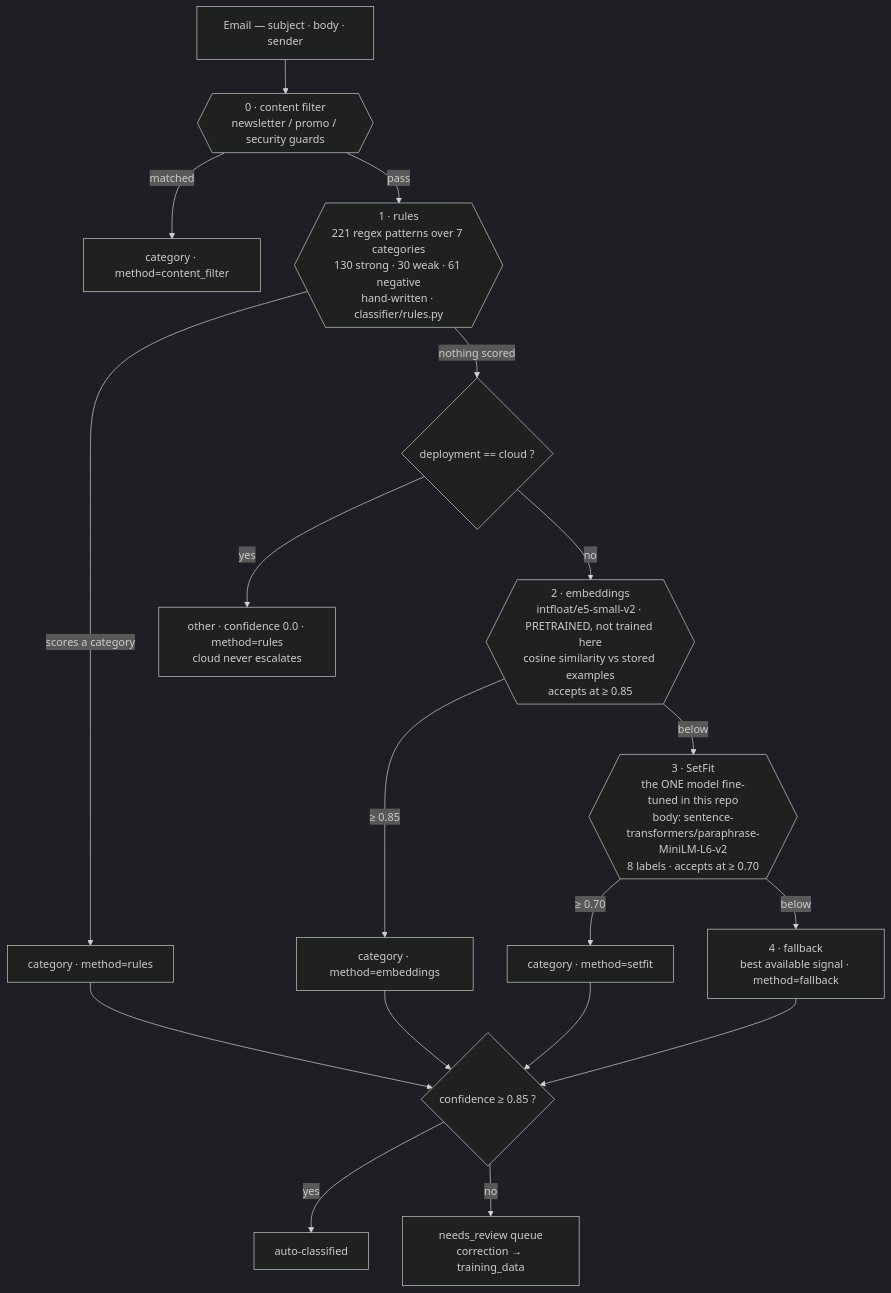
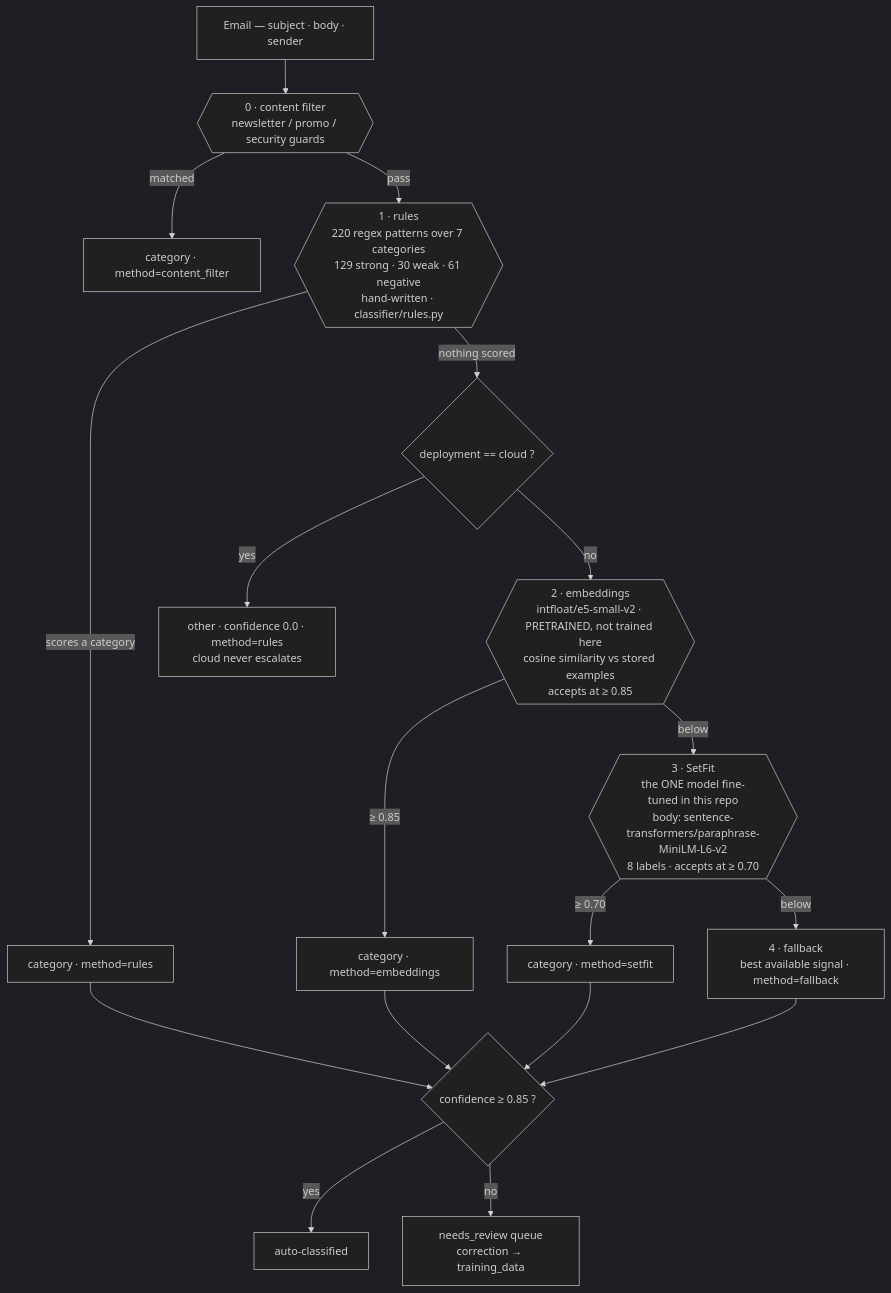
Before and after one commit to BARC1999/applied-ai: the first of 3 diagrams in README.md, drawn with Mermaid (dark theme). The commit also changed other lines of this file and 10 other files, not shown here.

````diff
--- a/README.md
+++ b/README.md
@@ -60,32 +60,32 @@
 ```mermaid
 flowchart TB
     In["Email — subject · body · sender"] --> CF
 
     CF{{"0 · content filter<br/>newsletter / promo / security guards"}}
     CF -->|"matched"| Out1["category · method=content_filter"]
     CF -->|"pass"| R
 
-    R{{"1 · rules<br/>221 regex patterns over 7 categories<br/>130 strong · 30 weak · 61 negative<br/>hand-written · classifier/rules.py"}}
+    R{{"1 · rules<br/>220 regex patterns over 7 categories<br/>129 strong · 30 weak · 61 negative<br/>hand-written · classifier/rules.py"}}
     R -->|"scores a category"| Out2["category · method=rules"]
     R -->|"nothing scored"| CLOUD
 
     CLOUD{"deployment == cloud ?"}
     CLOUD -->|"yes"| Out3["other · confidence 0.0 · method=rules<br/>cloud never escalates"]
     CLOUD -->|"no"| E
 
     E{{"2 · embeddings<br/>intfloat/e5-small-v2 · PRETRAINED, not trained here<br/>cosine similarity vs stored examples<br/>accepts at ≥ 0.85"}}
     E -->|"≥ 0.85"| Out4["category · method=embeddings"]
     E -->|"below"| S
 
     S{{"3 · SetFit<br/>the ONE model fine-tuned in this repo<br/>body: sentence-transformers/paraphrase-MiniLM-L6-v2<br/>8 labels · accepts at ≥ 0.70"}}
     S -->|"≥ 0.70"| Out5["category · method=setfit"]
     S -->|"below"| F["4 · fallback<br/>best available signal · method=fallback"]
 
     Out2 --> G
     Out4 --> G
     Out5 --> G
     F --> G
     G{"confidence ≥ 0.85 ?"}
     G -->|"yes"| Auto["auto-classified"]
     G -->|"no"| Review["needs_review queue<br/>correction → training_data"]
 ```
````
